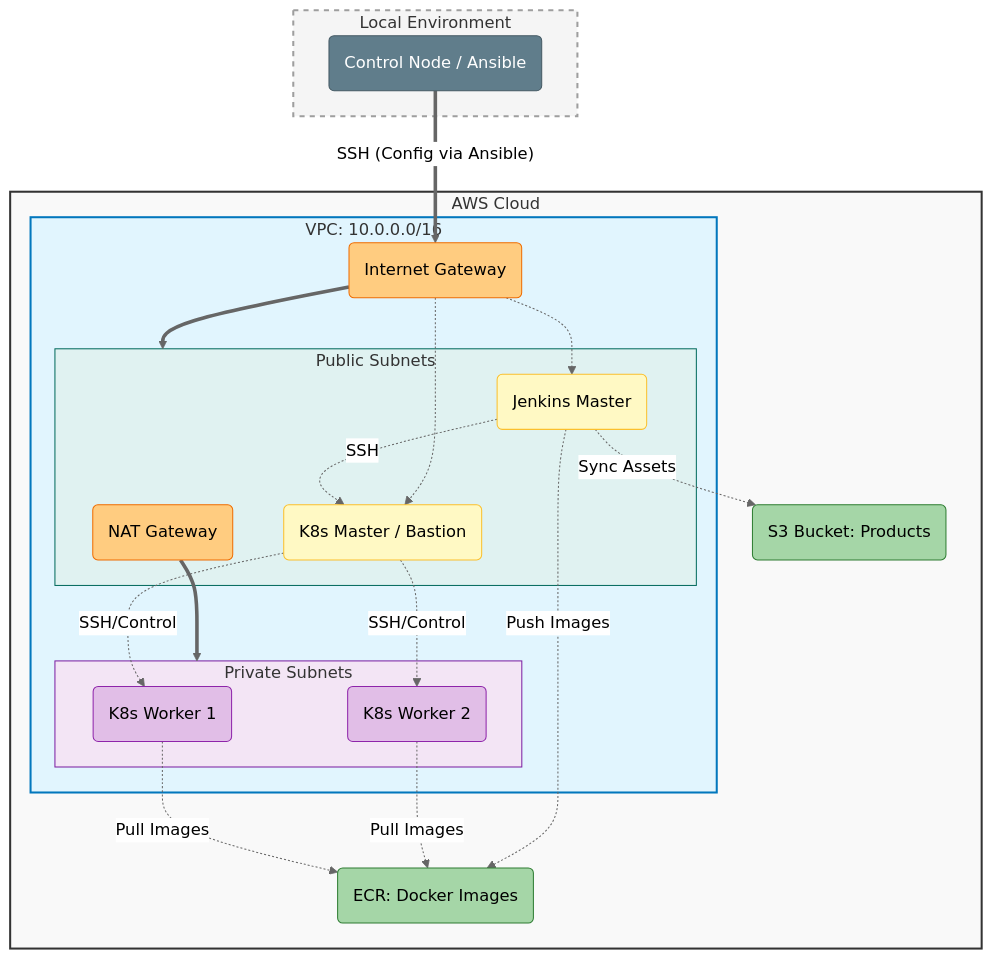
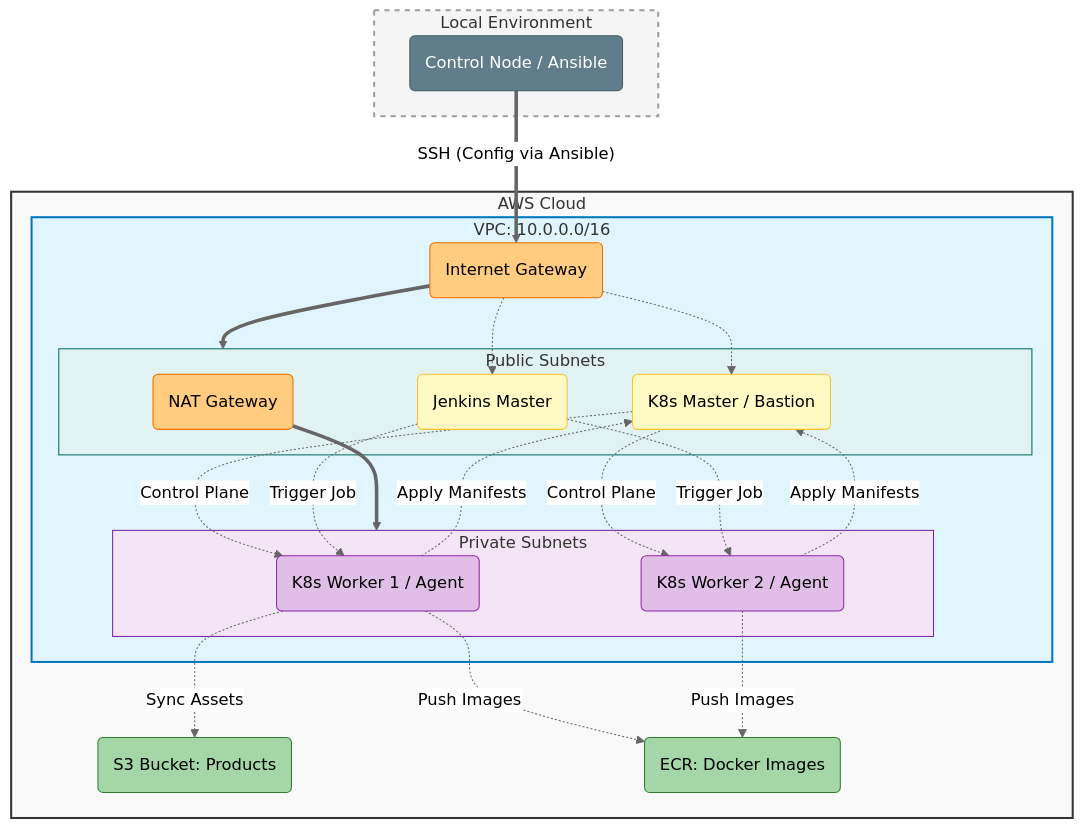
Before and after one commit to Abdelhamid108/Depi-Final_Project: the diagram in docs/TERRAFORM.md, drawn with Mermaid (neutral theme).

Commit message:
Update worker labels and connections in diagram

````diff
--- a/docs/TERRAFORM.md
+++ b/docs/TERRAFORM.md
@@ -23,63 +23,65 @@
 ```mermaid
 graph TD
     subgraph Local_Environment [Local Environment]
         style Local_Environment fill:#f5f5f5,stroke:#9e9e9e,stroke-width:2px,stroke-dasharray: 5 5
         Control_Node(Control Node / Ansible)
         style Control_Node fill:#607d8b,stroke:#455a64,color:#fff
     end
 
     subgraph AWS_Cloud [AWS Cloud]
         style AWS_Cloud fill:#f9f9f9,stroke:#333,stroke-width:2px
         
         subgraph VPC [VPC: 10.0.0.0/16]
             style VPC fill:#e1f5fe,stroke:#0277bd,stroke-width:2px
             
             IGW(Internet Gateway)
             style IGW fill:#ffcc80,stroke:#ef6c00
             
             subgraph Public_Subnets [Public Subnets]
                 style Public_Subnets fill:#e0f2f1,stroke:#00695c
                 
                 NAT(NAT Gateway)
                 style NAT fill:#ffcc80,stroke:#ef6c00
                 
                 Bastion(K8s Master / Bastion)
                 style Bastion fill:#fff9c4,stroke:#fbc02d
                 
                 Jenkins(Jenkins Master)
                 style Jenkins fill:#fff9c4,stroke:#fbc02d
             end
             
             subgraph Private_Subnets [Private Subnets]
                 style Private_Subnets fill:#f3e5f5,stroke:#7b1fa2
                 
-                Worker1(K8s Worker 1)
+                Worker1(K8s Worker 1 / Agent)
                 style Worker1 fill:#e1bee7,stroke:#8e24aa
                 
-                Worker2(K8s Worker 2)
+                Worker2(K8s Worker 2 / Agent)
                 style Worker2 fill:#e1bee7,stroke:#8e24aa
             end
             
             IGW ==> Public_Subnets
             NAT ==> Private_Subnets
-            Bastion -.->|SSH/Control| Worker1
-            Bastion -.->|SSH/Control| Worker2
-            Jenkins -.->|SSH| Bastion
+            Bastion -.->|Control Plane| Worker1
+            Bastion -.->|Control Plane| Worker2
+            Jenkins -.->|Trigger Job| Worker1
+            Jenkins -.->|Trigger Job| Worker2
         end
         
         S3(S3 Bucket: Products)
         style S3 fill:#a5d6a7,stroke:#2e7d32
         
         ECR(ECR: Docker Images)
         style ECR fill:#a5d6a7,stroke:#2e7d32
         
-        Worker1 -.->|Pull Images| ECR
-        Worker2 -.->|Pull Images| ECR
-        Jenkins -.->|Push Images| ECR
-        Jenkins -.->|Sync Assets| S3
+        Worker1 -.->|Push Images| ECR
+        Worker2 -.->|Push Images| ECR
+        Worker1 -.->|Apply Manifests| Bastion
+        Worker2 -.->|Apply Manifests| Bastion
+        Worker1 -.->|Sync Assets| S3
     end
 
     Control_Node =="SSH (Config via Ansible)"==> IGW
     IGW -.-> Bastion
     IGW -.-> Jenkins
 ```
````
